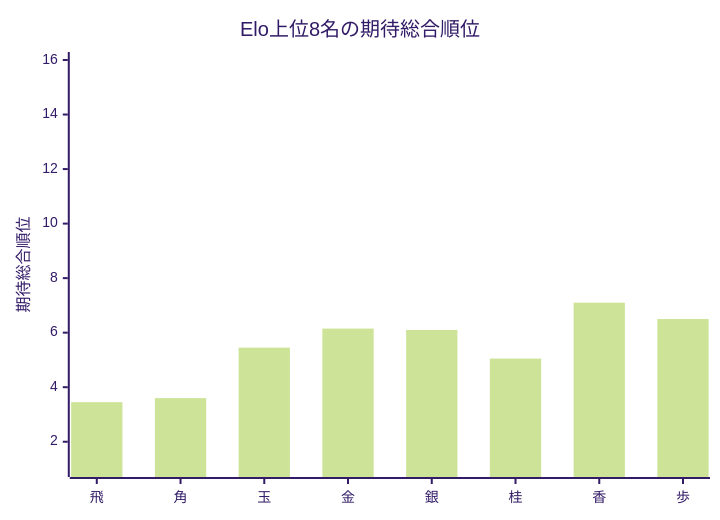
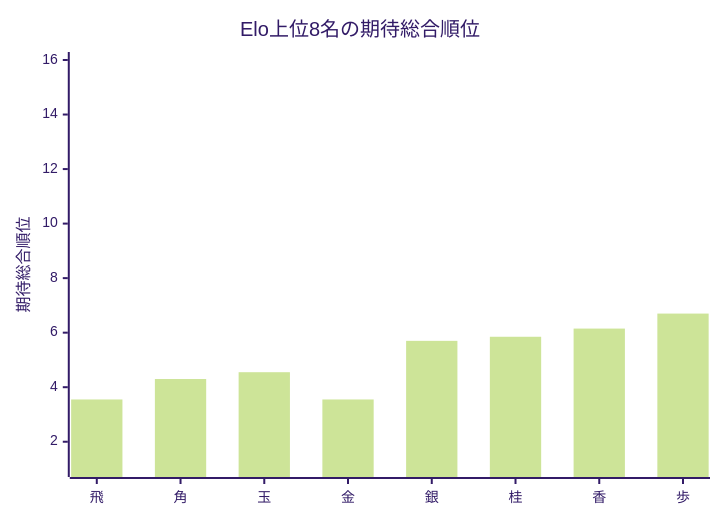
The first of 2 diagrams in Output/TournamentQualityEvaluator/TournamentQualityReport/Summary/[先手8x後手8]_[Neutral_Single10_STSAInput3_smoke]_quality_summary.md (muzudho/ShogiTournamentSystemAnalyzer), drawn with Mermaid (forest theme) before and after one commit. The commit also changed other lines of this file and 10 other files, not shown here.

````diff
--- a/Output/TournamentQualityEvaluator/TournamentQualityReport/Summary/[先手8x後手8]_[Neutral_Single10_STSAInput3_smoke]_quality_summary.md
+++ b/Output/TournamentQualityEvaluator/TournamentQualityReport/Summary/[先手8x後手8]_[Neutral_Single10_STSAInput3_smoke]_quality_summary.md
@@ -43,7 +43,7 @@
 ```mermaid
 xychart-beta
     title "Elo上位8名の期待総合順位"
     x-axis ["飛", "角", "玉", "金", "銀", "桂", "香", "歩"]
     y-axis "期待総合順位" 1 --> 16
-    bar [3.450, 3.600, 5.450, 6.150, 6.100, 5.050, 7.100, 6.500]
+    bar [3.550, 4.300, 4.550, 3.550, 5.700, 5.850, 6.150, 6.700]
 ```
````
